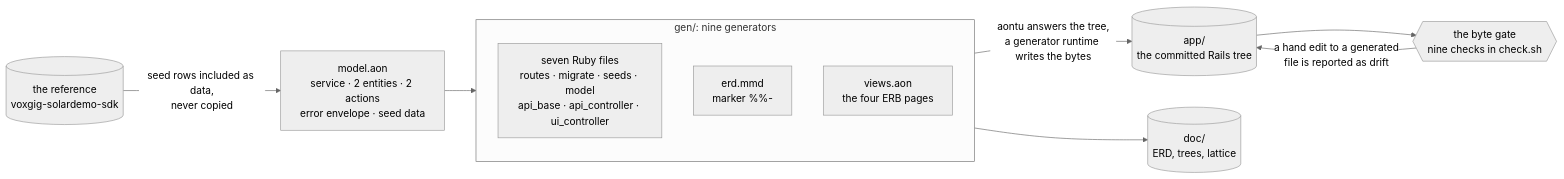
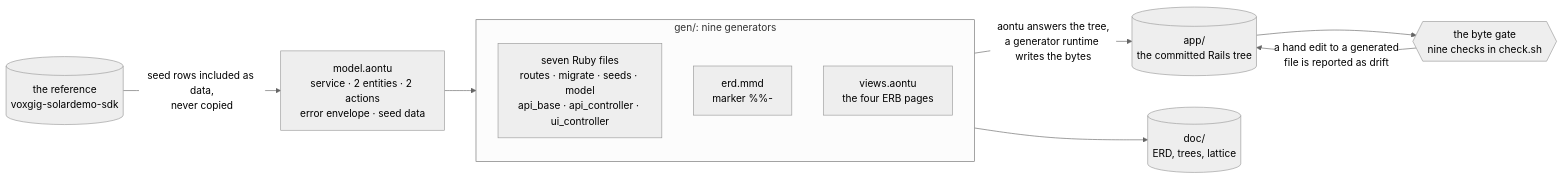
The diagram in test/system/rb-solar/README.md (aontu-lang/aontu), drawn with Mermaid (neutral theme) before and after one commit. The commit also changed other lines of this file and 1176 other files, not shown here.

````diff
--- a/test/system/rb-solar/README.md
+++ b/test/system/rb-solar/README.md
@@ -297,22 +297,22 @@
 ```mermaid
 flowchart LR
   ref[("the reference<br/>voxgig-solardemo-sdk")]
-  model["model.aon<br/>service · 2 entities · 2 actions<br/>error envelope · seed data"]
+  model["model.aontu<br/>service · 2 entities · 2 actions<br/>error envelope · seed data"]
   ref -->|"seed rows included as data,<br/>never copied"| model
 
   subgraph gen["gen/: nine generators"]
     rb["seven Ruby files<br/>routes · migrate · seeds · model<br/>api_base · api_controller · ui_controller"]
     mmd["erd.mmd<br/>marker %%-"]
-    views["views.aon<br/>the four ERB pages"]
+    views["views.aontu<br/>the four ERB pages"]
   end
   model --> gen
 
   app[("app/<br/>the committed Rails tree")]
   doc[("doc/<br/>ERD, trees, lattice")]
   gen -->|"aontu answers the tree,<br/>a generator runtime writes the bytes"| app
   gen --> doc
 
   check{{"the byte gate<br/>nine checks in check.sh"}}
   app --> check
   check -->|"a hand edit to a generated<br/>file is reported as drift"| app
 ```
````
